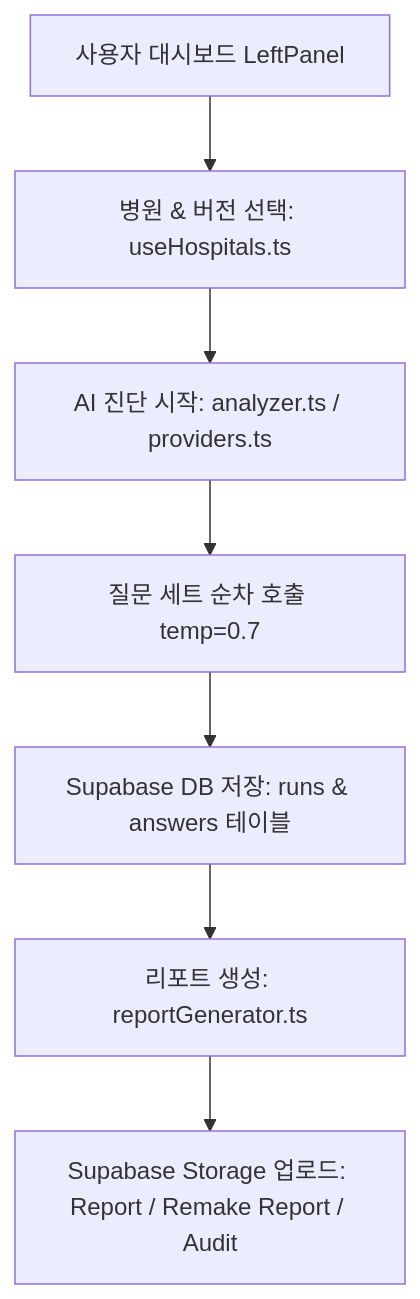
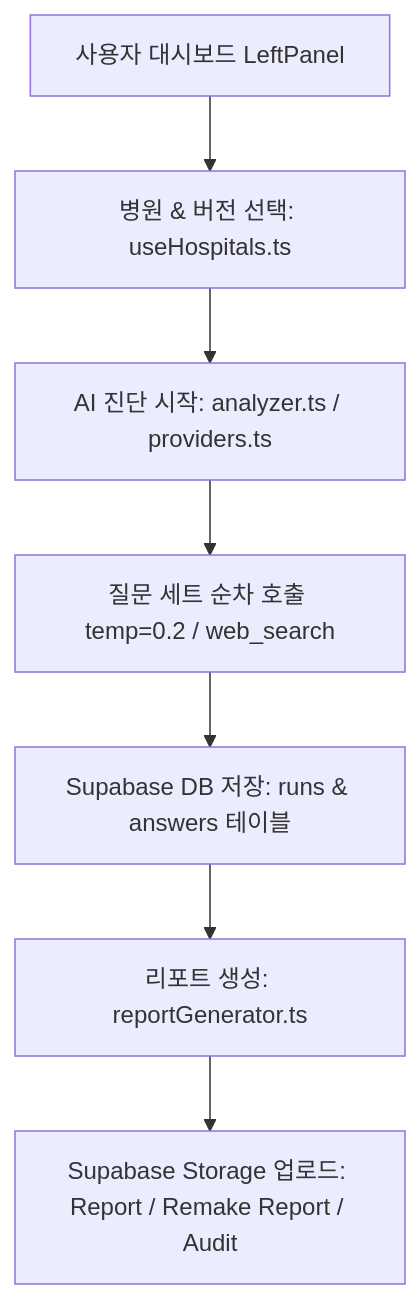
The diagram in mdFile/Context.md (yujinit2005-png/lua_visibility), drawn with Mermaid before and after one commit. The commit also changed other lines of this file and 3 other files, not shown here.

````diff
--- a/mdFile/Context.md
+++ b/mdFile/Context.md
@@ -70,9 +83,9 @@
 ```mermaid
 flowchart TD
     A[사용자 대시보드 LeftPanel] --> B[병원 & 버전 선택: useHospitals.ts]
     B --> C[AI 진단 시작: analyzer.ts / providers.ts]
-    C --> D[질문 세트 순차 호출 temp=0.7]
+    C --> D[질문 세트 순차 호출 temp=0.2 / web_search]
     D --> E[Supabase DB 저장: runs & answers 테이블]
     E --> F[리포트 생성: reportGenerator.ts]
     F --> G[Supabase Storage 업로드: Report / Remake Report / Audit]
 ```
````
